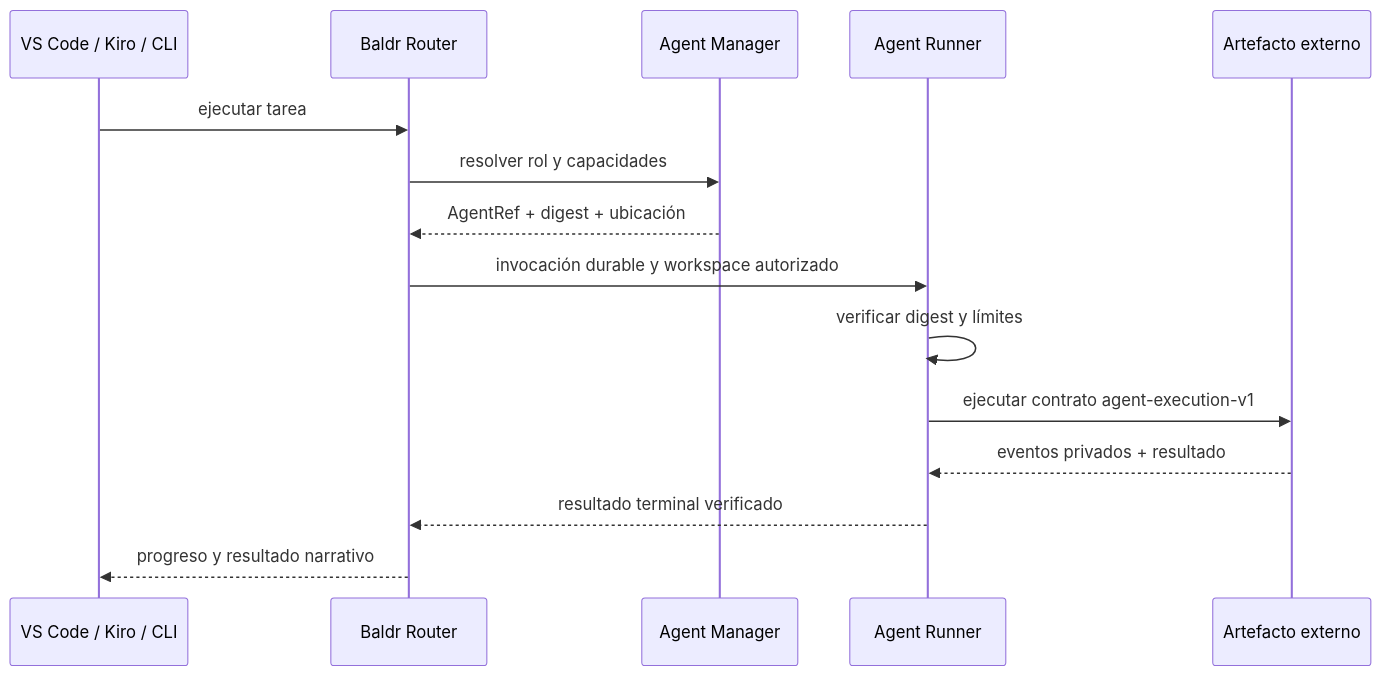
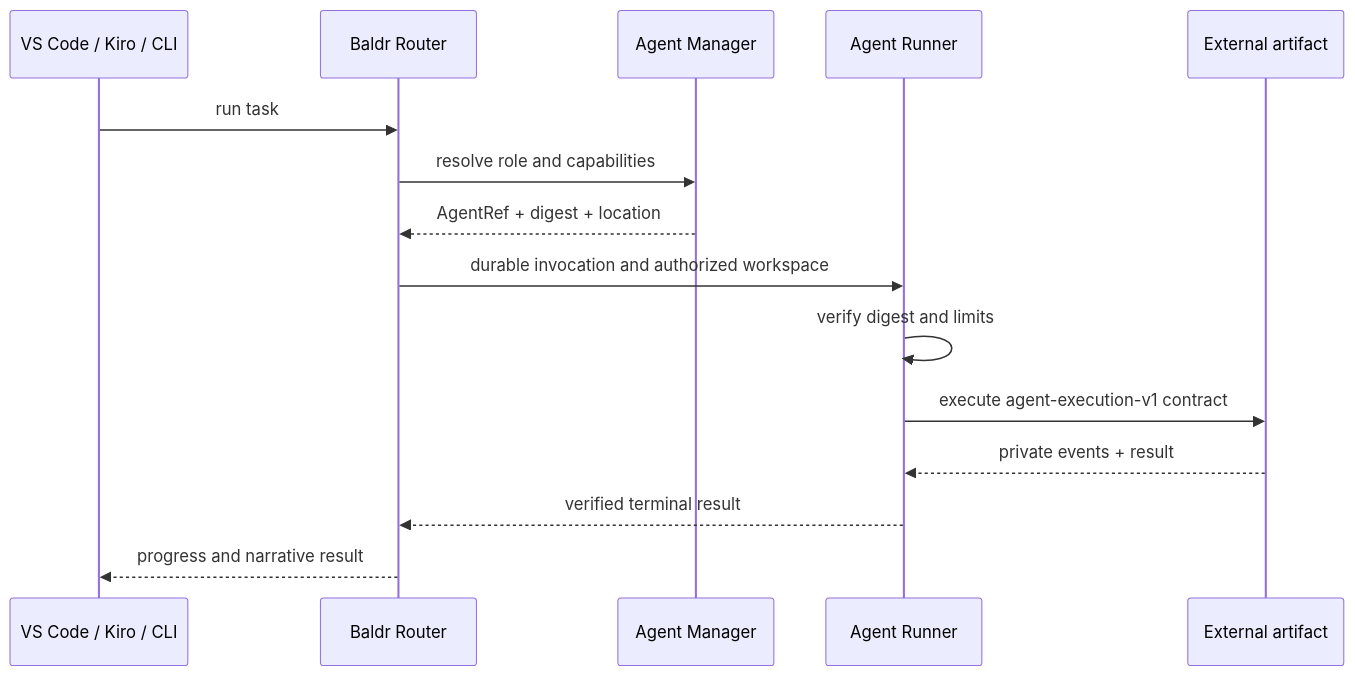
The diagram in src/content/docs/reference/router/agentes-externos-necesitan-fronteras.md (BaldrVivaldelli/baldr-site), drawn with Mermaid before and after one commit. The commit also changed other lines of this file and 122 other files, not shown here.

````diff
--- a/src/content/docs/reference/router/agentes-externos-necesitan-fronteras.md
+++ b/src/content/docs/reference/router/agentes-externos-necesitan-fronteras.md
@@ -356,18 +338,18 @@
 ```mermaid
 sequenceDiagram
     participant UI as VS Code / Kiro / CLI
     participant R as Baldr Router
     participant M as Agent Manager
     participant X as Agent Runner
-    participant A as Artefacto externo
+    participant A as External artifact
 
-    UI->>R: ejecutar tarea
-    R->>M: resolver rol y capacidades
-    M-->>R: AgentRef + digest + ubicación
-    R->>X: invocación durable y workspace autorizado
-    X->>X: verificar digest y límites
-    X->>A: ejecutar contrato agent-execution-v1
-    A-->>X: eventos privados + resultado
-    X-->>R: resultado terminal verificado
-    R-->>UI: progreso y resultado narrativo
+    UI->>R: run task
+    R->>M: resolve role and capabilities
+    M-->>R: AgentRef + digest + location
+    R->>X: durable invocation and authorized workspace
+    X->>X: verify digest and limits
+    X->>A: execute agent-execution-v1 contract
+    A-->>X: private events + result
+    X-->>R: verified terminal result
+    R-->>UI: progress and narrative result
 ```
````
